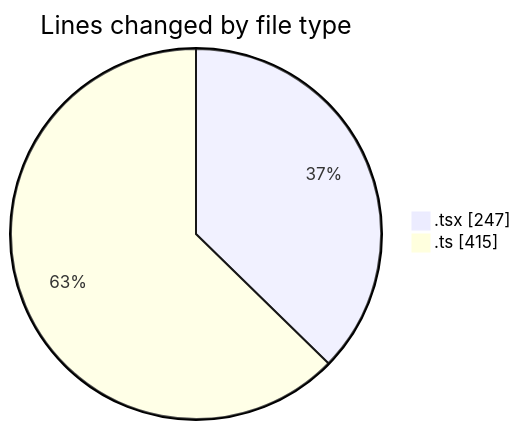
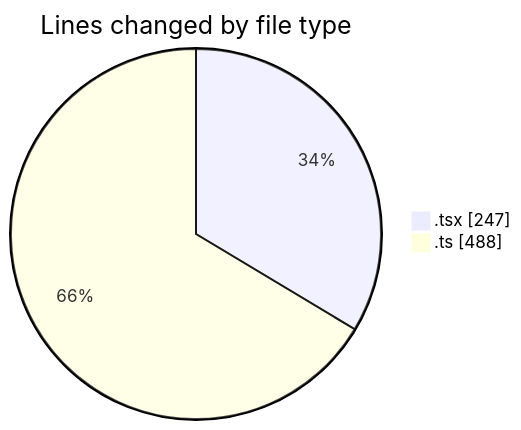
One commit to momahboobian/code-tracking changed the first of 2 diagrams in 2025-10-21/cda/README.md. Above: the diagram before and after it, drawn with Mermaid. The commit also changed other lines of this file and 1 other file, not shown here.

````diff
--- a/2025-10-21/cda/README.md
+++ b/2025-10-21/cda/README.md
@@ -22,6 +23,6 @@
 ```mermaid
 pie showData
 title Lines changed by file type
 ".tsx" : 247
-".ts" : 415
+".ts" : 488
 ```
````
